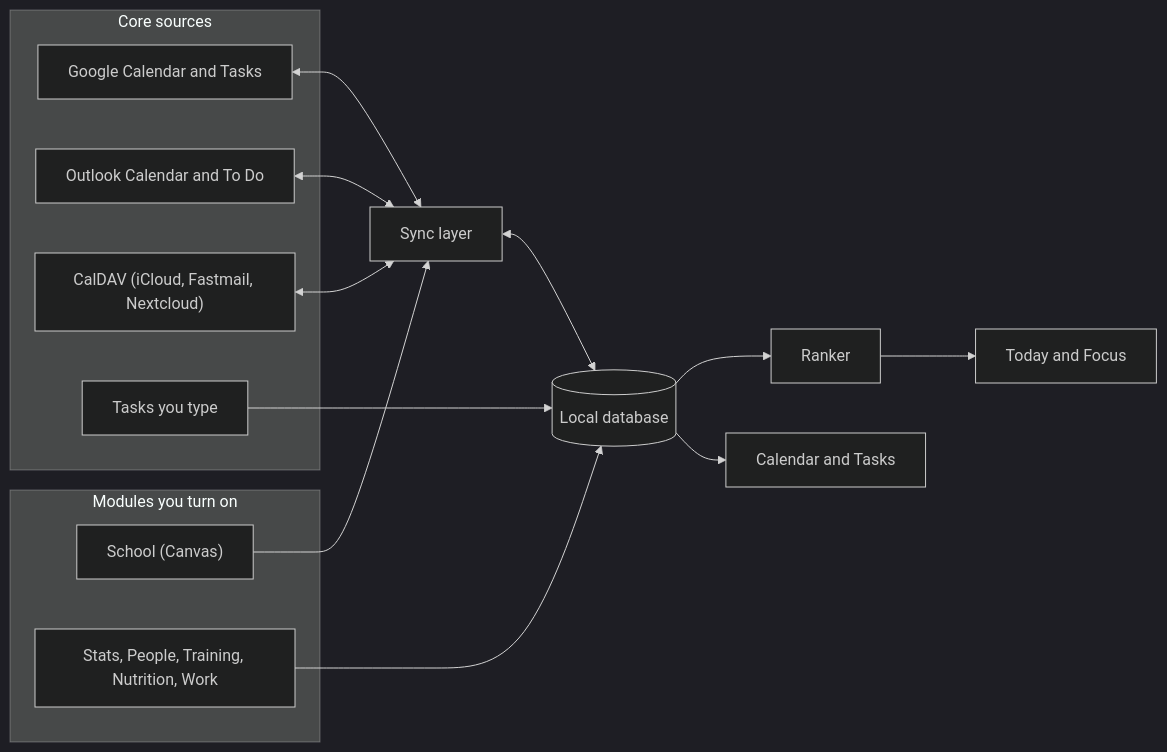
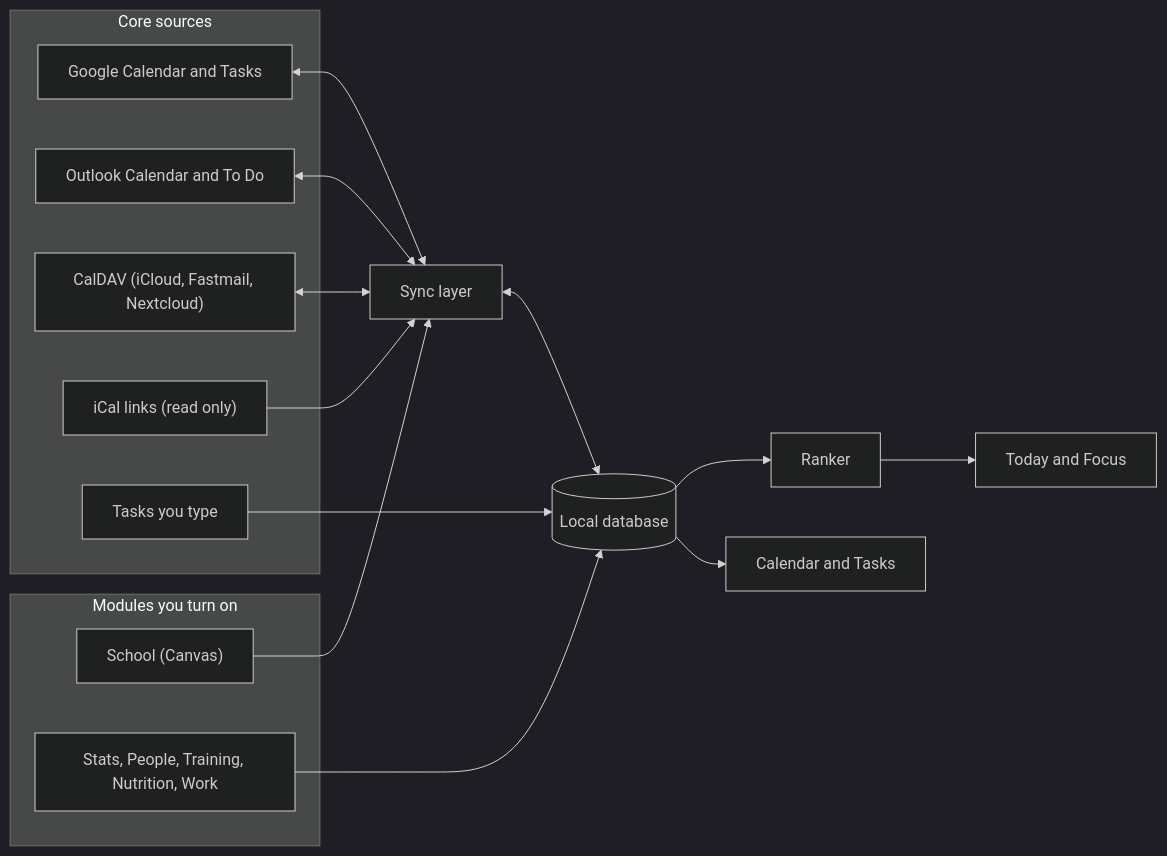
Before and after one commit to pockanoodles/erwin: the first of 5 diagrams in README.md, drawn with Mermaid (dark theme). The commit also changed other lines of this file and 21 other files, not shown here.

````diff
--- a/README.md
+++ b/README.md
@@ -105,30 +105,32 @@
 ```mermaid
 flowchart LR
     subgraph Core["Core sources"]
         G["Google Calendar and Tasks"]
         O["Outlook Calendar and To Do"]
         C["CalDAV (iCloud, Fastmail, Nextcloud)"]
+        I["iCal links (read only)"]
         M["Tasks you type"]
     end
     subgraph Mods["Modules you turn on"]
         V["School (Canvas)"]
         L["Stats, People, Training, Nutrition, Work"]
     end
 
     S["Sync layer"]
     DB[("Local database")]
     R["Ranker"]
     T["Today and Focus"]
     K["Calendar and Tasks"]
 
     G <--> S
     O <--> S
     C <--> S
+    I --> S
     V --> S
     M --> DB
     L --> DB
     S <--> DB
     DB --> R
     R --> T
     DB --> K
 ```
````
